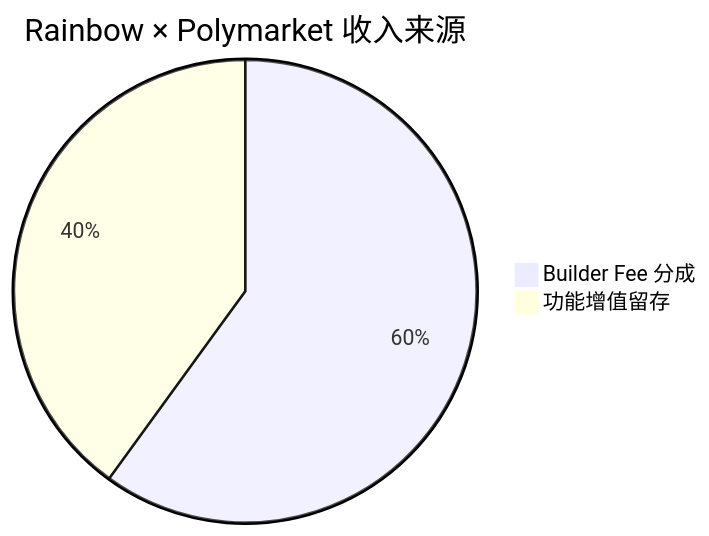
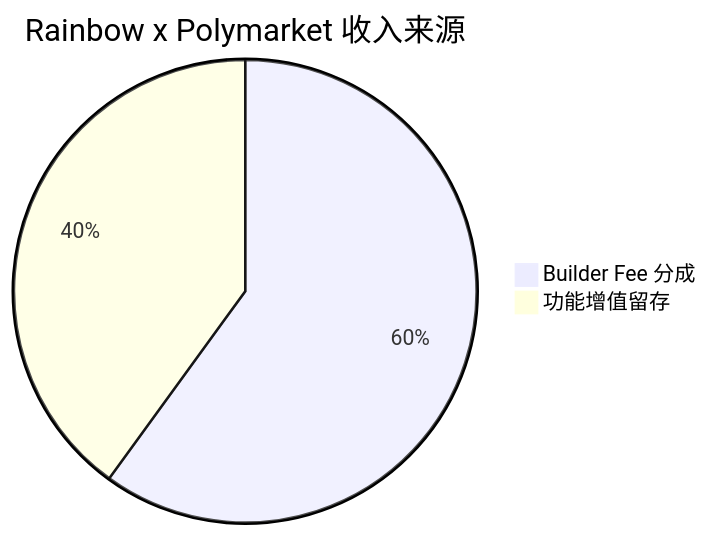
Before and after one commit to survivorff/polymarket_research: the tenth of 10 diagrams in research/12_rainbow/analysis.md, drawn with Mermaid. The commit also changed other lines of this file and 11 other files, not shown here.

First line of the commit message:
feat: 补充全平台详细 UX 流程图（注册/入金/交易/提现/领奖）

````diff
--- a/research/12_rainbow/analysis.md
+++ b/research/12_rainbow/analysis.md
@@ -113,5 +267,5 @@
 ```mermaid
-pie title Rainbow × Polymarket 收入来源
+pie title Rainbow x Polymarket 收入来源
     "Builder Fee 分成" : 60
     "功能增值留存" : 40
 ```
````
